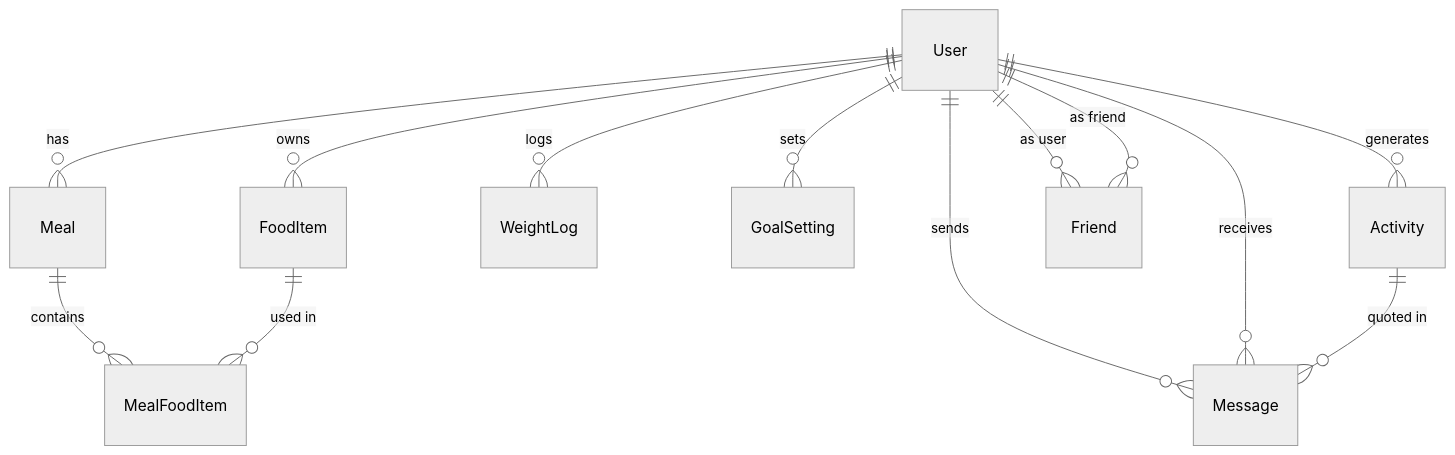
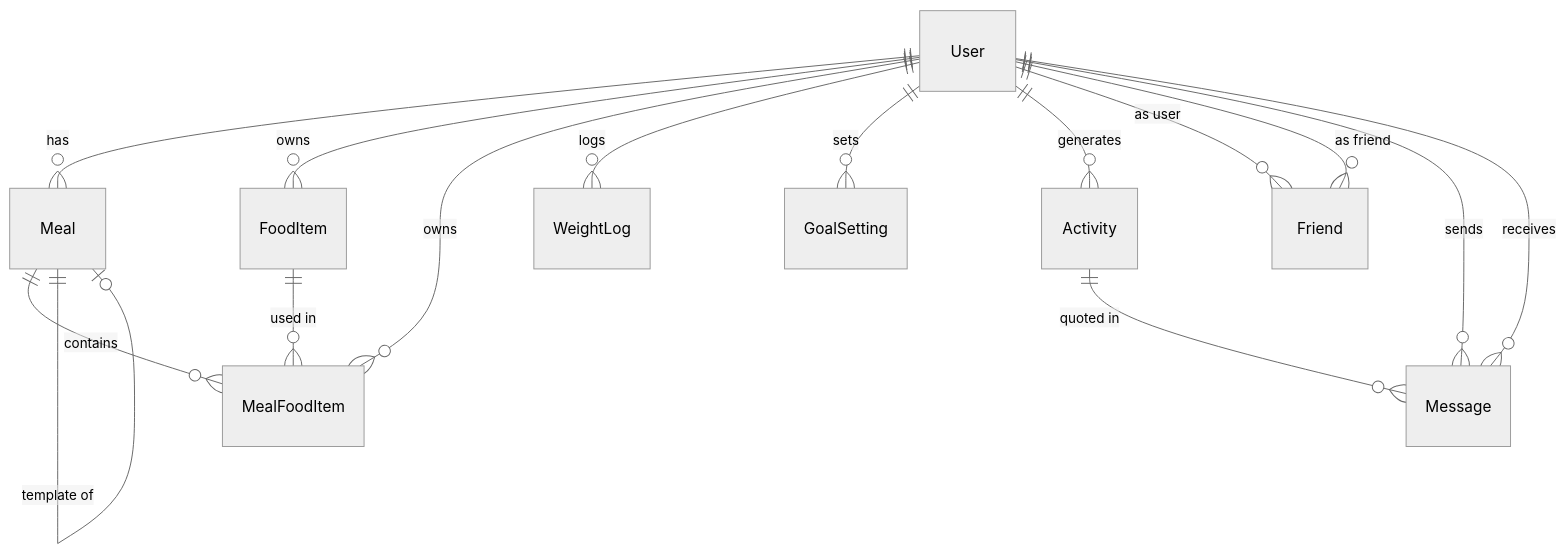
One commit to natamun/catchmeal changed the diagram in README.md. Above: the diagram before and after it, drawn with Mermaid (neutral theme). The commit also changed other lines of this file, not shown here.

Commit message:
fix: upodate mermaid schema

````diff
--- a/README.md
+++ b/README.md
@@ -113,15 +113,17 @@
 ```mermaid
 erDiagram
     User ||--o{ Meal : "has"
     User ||--o{ FoodItem : "owns"
+    User ||--o{ MealFoodItem : "owns"
     User ||--o{ WeightLog : "logs"
     User ||--o{ GoalSetting : "sets"
     User ||--o{ Activity : "generates"
     User ||--o{ Friend : "as user"
     User ||--o{ Friend : "as friend"
     User ||--o{ Message : "sends"
     User ||--o{ Message : "receives"
     Meal ||--o{ MealFoodItem : "contains"
+    Meal ||--o| Meal : "template of"
     FoodItem ||--o{ MealFoodItem : "used in"
     Activity ||--o{ Message : "quoted in"
 ```
````
